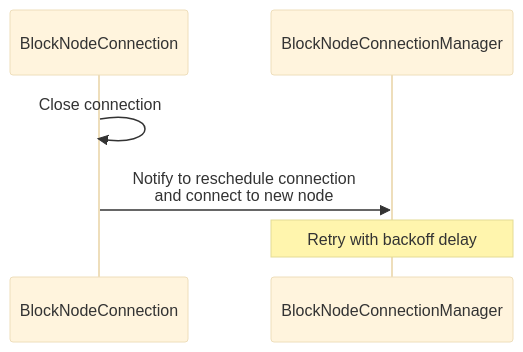
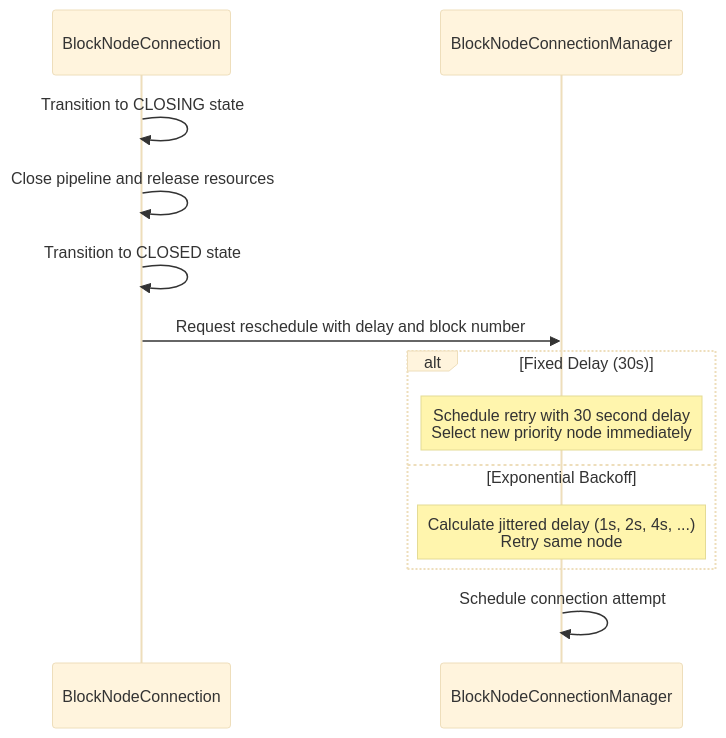
Before and after one commit to hiero-ledger/hiero-consensus-node: the second of 3 diagrams in hedera-node/docs/design/app/blocks/BlockNodeConnectionManager.md, drawn with Mermaid (base theme). The commit also changed other lines of this file and 1 other file, not shown here.

Commit message:
Update BN connection documentation

````diff
--- a/hedera-node/docs/design/app/blocks/BlockNodeConnectionManager.md
+++ b/hedera-node/docs/design/app/blocks/BlockNodeConnectionManager.md
@@ -77,10 +94,18 @@
 ```mermaid
 sequenceDiagram
     participant Conn as BlockNodeConnection
     participant Manager as BlockNodeConnectionManager
 
-    Conn->>Conn: Close connection
-    Conn->>Manager: Notify to reschedule connection<br/>and connect to new node
+    Conn->>Conn: Transition to CLOSING state
+    Conn->>Conn: Close pipeline and release resources
+    Conn->>Conn: Transition to CLOSED state
+    Conn->>Manager: Request reschedule with delay and block number
 
-    Note over Manager: Retry with backoff delay
+    alt Fixed Delay (30s)
+        Note over Manager: Schedule retry with 30 second delay<br/>Select new priority node immediately
+    else Exponential Backoff
+        Note over Manager: Calculate jittered delay (1s, 2s, 4s, ...)<br/>Retry same node
+    end
+
+    Manager->>Manager: Schedule connection attempt
 ```
````
